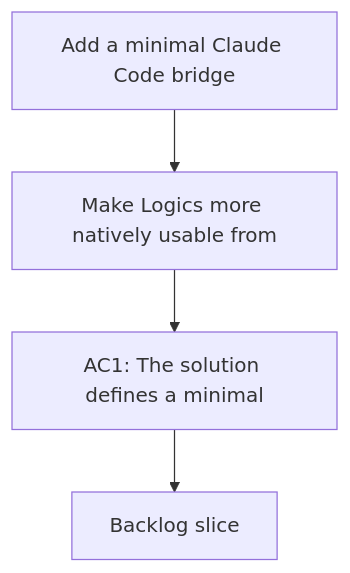
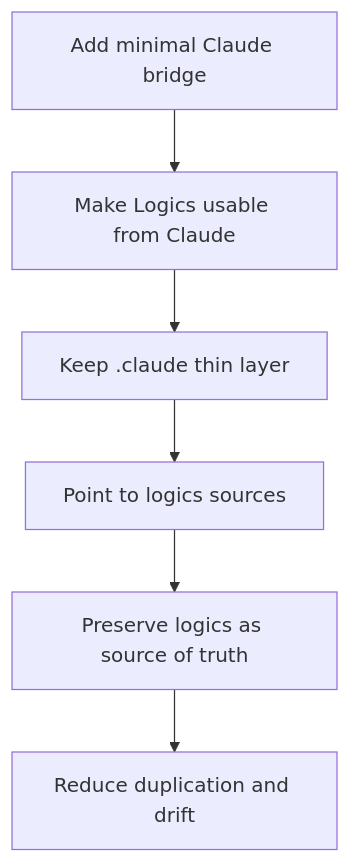
One commit to AlexAgo83/logics-manager changed the diagram in logics/request/req_055_add_a_minimal_claude_code_bridge_for_logics_agents.md. Above: the diagram before and after it, drawn with Mermaid. The commit also changed 50 other files, not shown here.

````diff
--- a/logics/request/req_055_add_a_minimal_claude_code_bridge_for_logics_agents.md
+++ b/logics/request/req_055_add_a_minimal_claude_code_bridge_for_logics_agents.md
@@ -32,8 +32,10 @@
 ```mermaid
 %% logics-kind: request
 %% logics-signature: request|add-a-minimal-claude-code-bridge-for-log|make-logics-more-natively-usable-from|ac1-the-solution-defines-a-minimal
 flowchart TD
-    Trigger[Add a minimal Claude Code bridge] --> Need[Make Logics more natively usable from]
-    Need --> Outcome[AC1: The solution defines a minimal]
-    Outcome --> Backlog[Backlog slice]
+    Trigger[Add minimal Claude bridge] --> Need[Make Logics usable from Claude]
+    Need --> Bridge[Keep .claude thin layer]
+    Bridge --> Point[Point to logics sources]
+    Point --> Preserve[Preserve logics as source of truth]
+    Preserve --> Outcome[Reduce duplication and drift]
 ```
````
